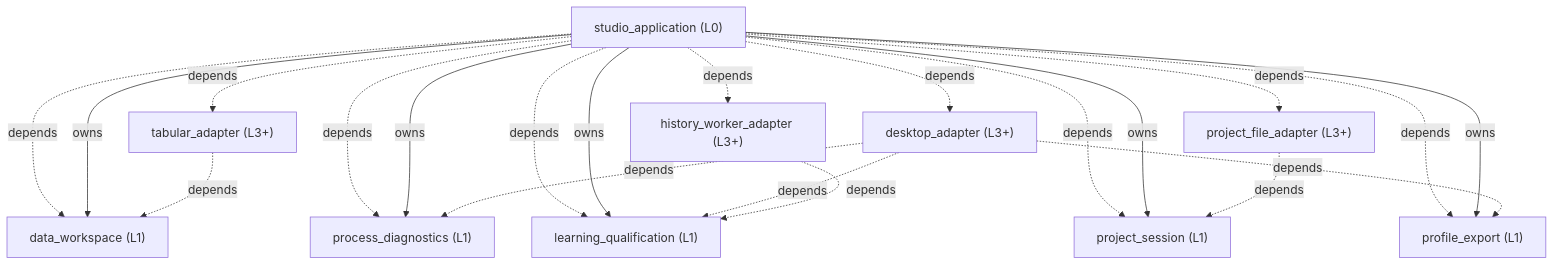
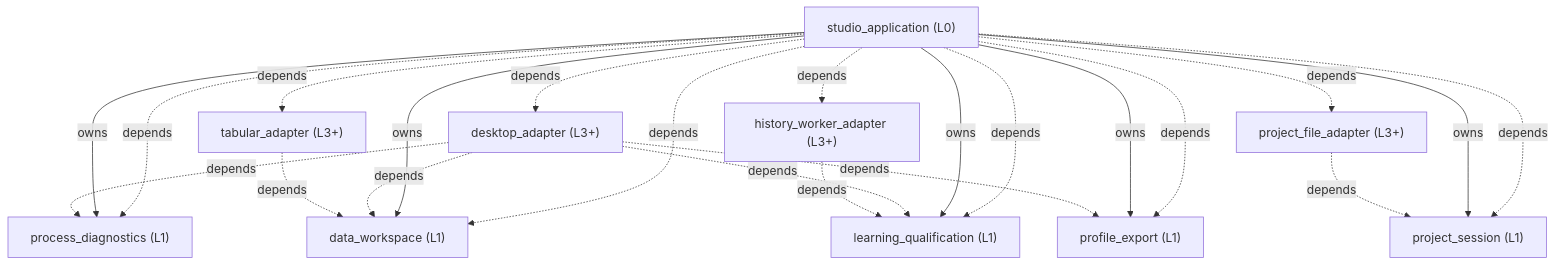
The second of 2 diagrams in architecture/ARCHITECTURE.md (ShinWeiPeng/dual-imu-collision-studio), drawn with Mermaid before and after one commit. The commit also changed other lines of this file and 39 other files, not shown here.

````diff
--- a/architecture/ARCHITECTURE.md
+++ b/architecture/ARCHITECTURE.md
@@ -98,33 +99,34 @@
 ```mermaid
 flowchart TD
     n_studio_application["studio_application (L0)"]
     n_process_diagnostics["process_diagnostics (L1)"]
     n_data_workspace["data_workspace (L1)"]
     n_learning_qualification["learning_qualification (L1)"]
     n_profile_export["profile_export (L1)"]
     n_project_session["project_session (L1)"]
     n_desktop_adapter["desktop_adapter (L3+)"]
     n_history_worker_adapter["history_worker_adapter (L3+)"]
     n_project_file_adapter["project_file_adapter (L3+)"]
     n_tabular_adapter["tabular_adapter (L3+)"]
     n_studio_application -.->|depends| n_data_workspace
     n_studio_application -.->|depends| n_process_diagnostics
     n_studio_application -.->|depends| n_learning_qualification
     n_studio_application -.->|depends| n_project_session
     n_studio_application -.->|depends| n_profile_export
     n_studio_application -.->|depends| n_desktop_adapter
     n_studio_application -.->|depends| n_history_worker_adapter
     n_studio_application -.->|depends| n_project_file_adapter
     n_studio_application -.->|depends| n_tabular_adapter
     n_studio_application -->|owns| n_process_diagnostics
     n_studio_application -->|owns| n_data_workspace
     n_studio_application -->|owns| n_learning_qualification
     n_studio_application -->|owns| n_profile_export
     n_studio_application -->|owns| n_project_session
     n_desktop_adapter -.->|depends| n_process_diagnostics
     n_desktop_adapter -.->|depends| n_profile_export
     n_desktop_adapter -.->|depends| n_learning_qualification
+    n_desktop_adapter -.->|depends| n_data_workspace
     n_history_worker_adapter -.->|depends| n_learning_qualification
     n_project_file_adapter -.->|depends| n_project_session
     n_tabular_adapter -.->|depends| n_data_workspace
 ```
````
